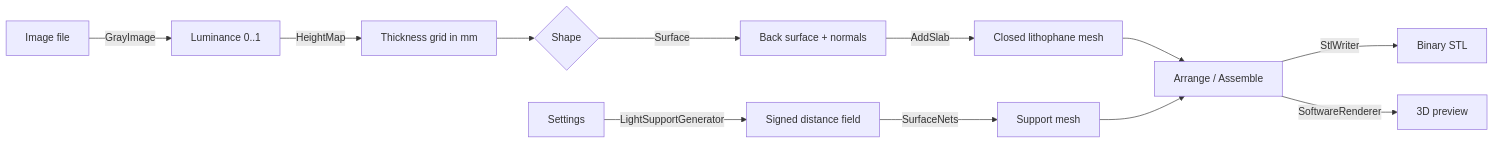
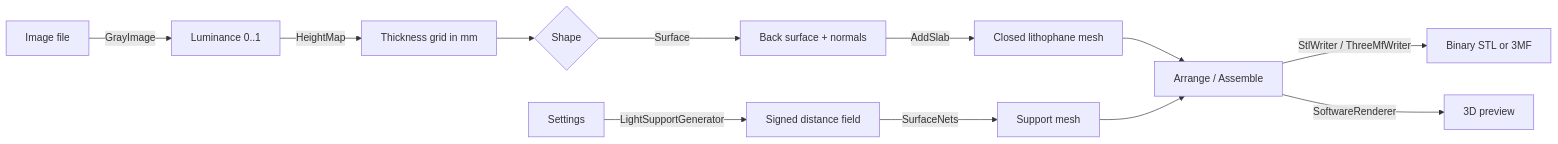
Before and after one commit to PedroFRCSantos/LithophaneGenerator: the diagram in docs/ARCHITECTURE.md, drawn with Mermaid. The commit also changed other lines of this file and 22 other files, not shown here.

````diff
--- a/docs/ARCHITECTURE.md
+++ b/docs/ARCHITECTURE.md
@@ -8,14 +8,14 @@
 ```mermaid
 flowchart LR
     A[Image file] -->|GrayImage| B[Luminance 0..1]
     B -->|HeightMap| C[Thickness grid in mm]
     C --> D{Shape}
     D -->|Surface| E[Back surface + normals]
     E -->|AddSlab| F[Closed lithophane mesh]
     S[Settings] -->|LightSupportGenerator| G[Signed distance field]
     G -->|SurfaceNets| H[Support mesh]
     F --> I[Arrange / Assemble]
     H --> I
-    I -->|StlWriter| J[Binary STL]
+    I -->|StlWriter / ThreeMfWriter| J[Binary STL or 3MF]
     I -->|SoftwareRenderer| K[3D preview]
 ```
````
